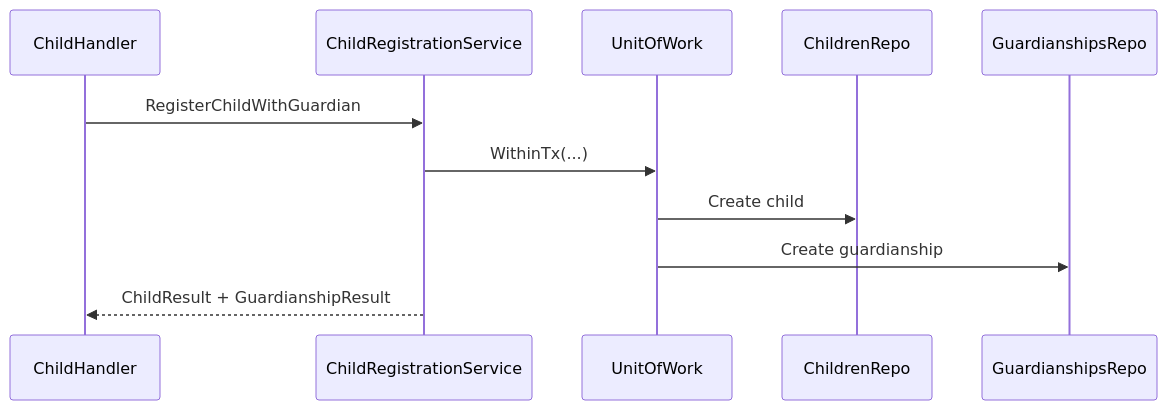
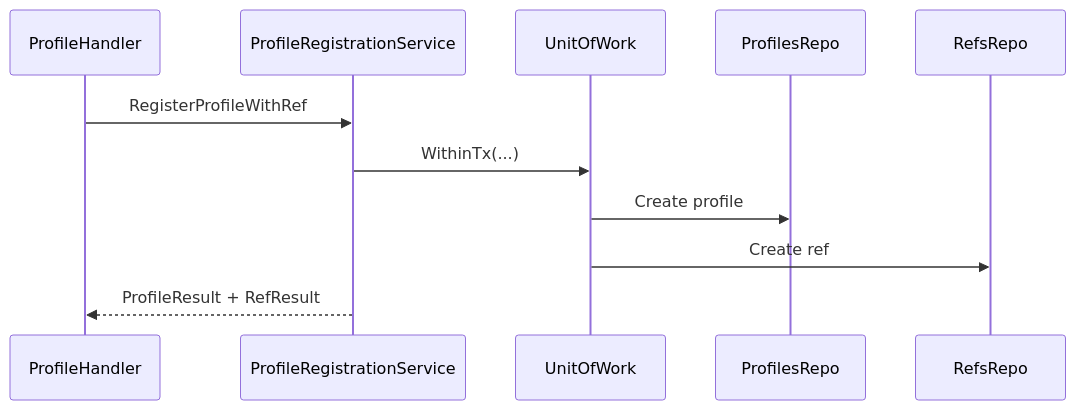
Before and after one commit to FangcunMount/iam: the fifth of 5 diagrams in docs/02-业务域/03-user-用户&儿童&Guardianship.md, drawn with Mermaid. The commit also changed other lines of this file and 216 other files, not shown here.

````diff
--- a/docs/02-业务域/03-user-用户&儿童&Guardianship.md
+++ b/docs/02-业务域/03-user-用户&儿童&Guardianship.md
@@ -216,14 +216,14 @@
 ```mermaid
 sequenceDiagram
-  participant H as ChildHandler
-  participant UC as ChildRegistrationService
+  participant H as ProfileHandler
+  participant UC as ProfileRegistrationService
   participant UOW as UnitOfWork
-  participant C as ChildrenRepo
-  participant G as GuardianshipsRepo
+  participant C as ProfilesRepo
+  participant G as RefsRepo
 
-  H->>UC: RegisterChildWithGuardian
+  H->>UC: RegisterProfileWithRef
   UC->>UOW: WithinTx(...)
-  UOW->>C: Create child
-  UOW->>G: Create guardianship
-  UC-->>H: ChildResult + GuardianshipResult
+  UOW->>C: Create profile
+  UOW->>G: Create ref
+  UC-->>H: ProfileResult + RefResult
 ```
````
